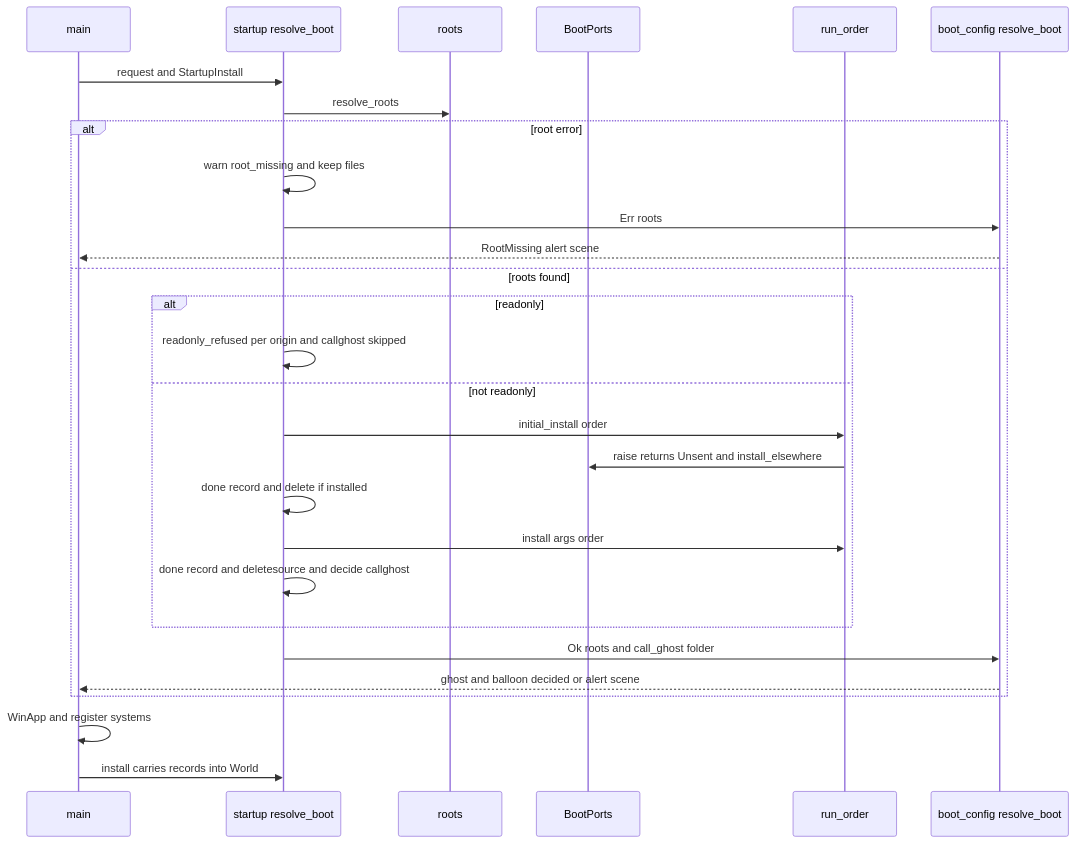
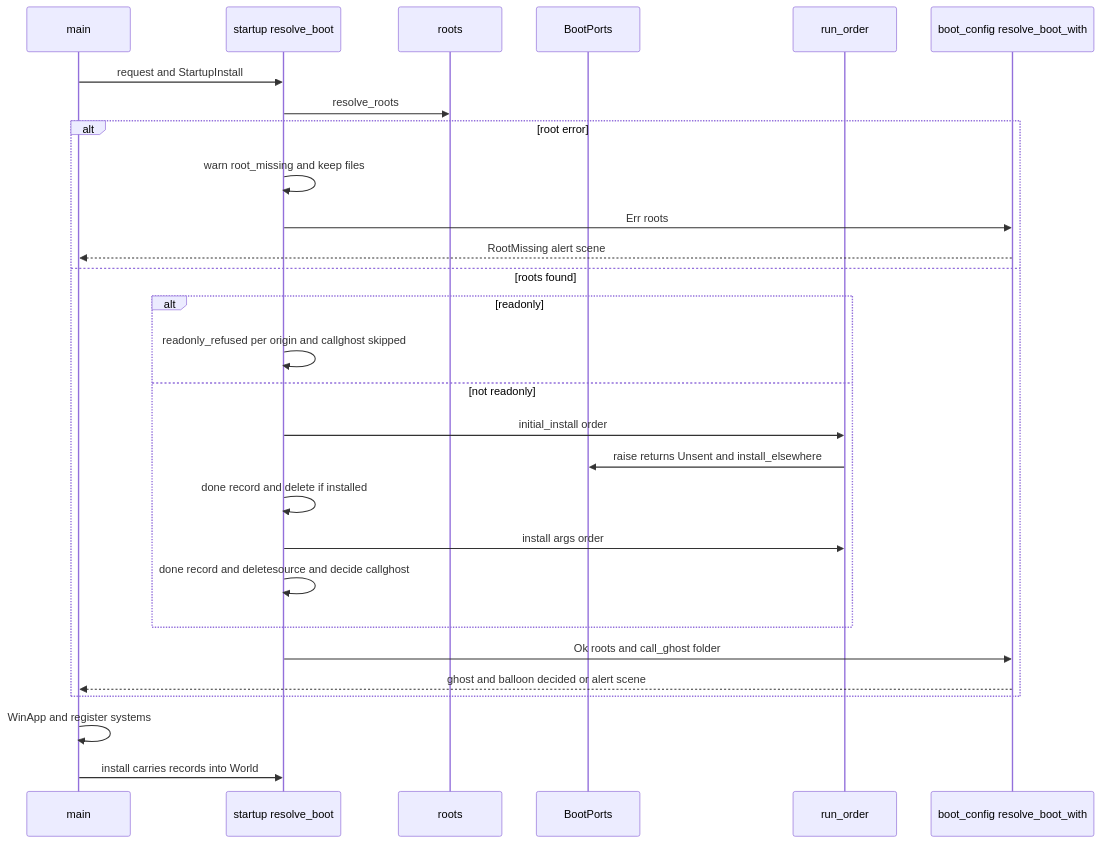
Before and after one commit to ekicyou/areka: the second of 3 diagrams in .kiro/specs/install-before-boot/design.md, drawn with Mermaid. The commit also changed other lines of this file and 1 other file, not shown here.

Commit message:
docs(install-before-boot): fix obvious issues in design

````diff
--- a/.kiro/specs/install-before-boot/design.md
+++ b/.kiro/specs/install-before-boot/design.md
@@ -170,30 +170,30 @@
 ```mermaid
 sequenceDiagram
     participant Main as main
     participant Startup as startup resolve_boot
     participant Roots as roots
     participant Ports as BootPorts
     participant Proc as run_order
-    participant Boot as boot_config resolve_boot
+    participant Boot as boot_config resolve_boot_with
     Main->>Startup: request and StartupInstall
     Startup->>Roots: resolve_roots
     alt root error
         Startup->>Startup: warn root_missing and keep files
         Startup->>Boot: Err roots
         Boot-->>Main: RootMissing alert scene
     else roots found
         alt readonly
             Startup->>Startup: readonly_refused per origin and callghost skipped
         else not readonly
             Startup->>Proc: initial_install order
             Proc->>Ports: raise returns Unsent and install_elsewhere
             Startup->>Startup: done record and delete if installed
             Startup->>Proc: install args order
             Startup->>Startup: done record and deletesource and decide callghost
         end
         Startup->>Boot: Ok roots and call_ghost folder
         Boot-->>Main: ghost and balloon decided or alert scene
     end
     Main->>Main: WinApp and register systems
     Main->>Startup: install carries records into World
 ```
````
